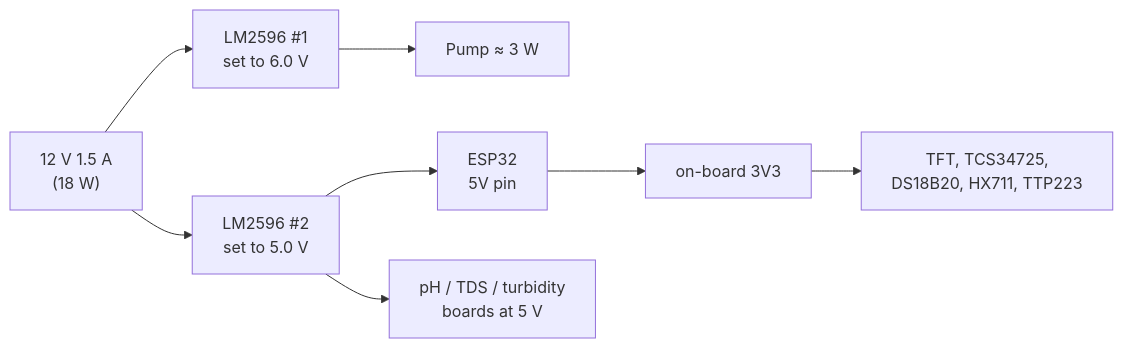
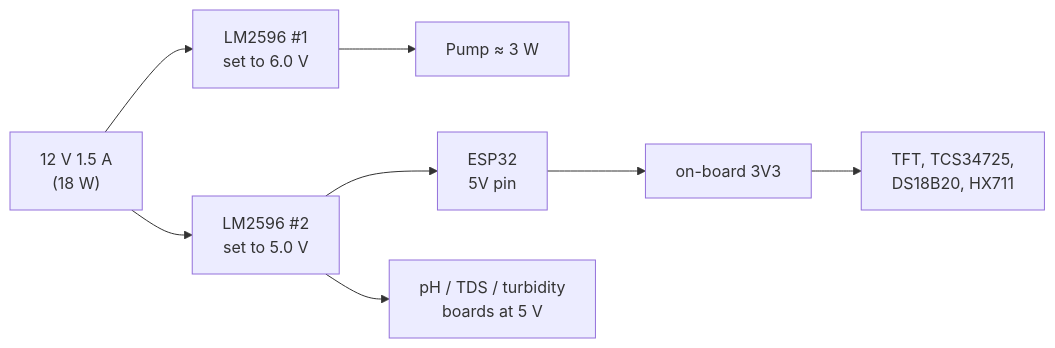
Before and after one commit to nikk-0712/aquamilk-detect: the diagram in docs/wiring.md, drawn with Mermaid. The commit also changed other lines of this file and 2 other files, not shown here.

First line of the commit message:
Docs: drop TTP223 / gestures, describe browser-only deployment control

````diff
--- a/docs/wiring.md
+++ b/docs/wiring.md
@@ -100,7 +99,7 @@
 ```mermaid
 flowchart LR
   ADP["12 V 1.5 A<br/>(18 W)"] --> B1["LM2596 #1<br/>set to 6.0 V"] --> PUMP["Pump ≈ 3 W"]
   ADP --> B2["LM2596 #2<br/>set to 5.0 V"] --> ESP["ESP32<br/>5V pin"]
-  ESP --> LDO["on-board 3V3"] --> D3["TFT, TCS34725,<br/>DS18B20, HX711, TTP223"]
+  ESP --> LDO["on-board 3V3"] --> D3["TFT, TCS34725,<br/>DS18B20, HX711"]
   B2 --> A5["pH / TDS / turbidity<br/>boards at 5 V"]
 ```
````
